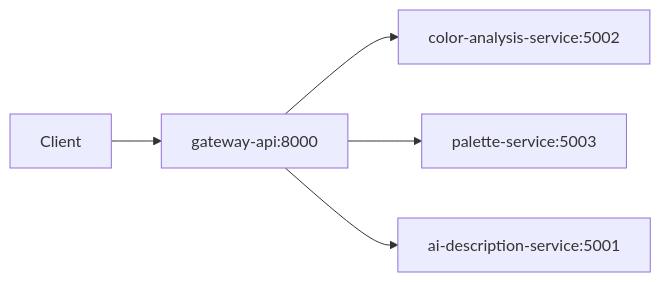
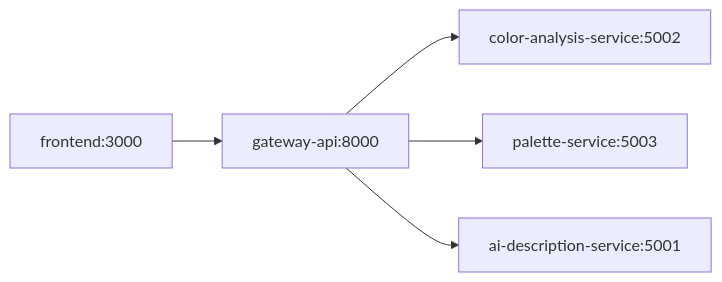
Before and after one commit to alaleh-ki/skin-tone-back: the diagram in README.md, drawn with Mermaid. The commit also changed other lines of this file and 28 other files, not shown here.

````diff
--- a/README.md
+++ b/README.md
@@ -7,7 +7,7 @@
 ```mermaid
 graph LR
-  Client-->Gateway[gateway-api:8000]
+  Frontend[frontend:3000]-->Gateway[gateway-api:8000]
   Gateway-->Color[color-analysis-service:5002]
   Gateway-->Palette[palette-service:5003]
   Gateway-->AI[ai-description-service:5001]
 ```
````
